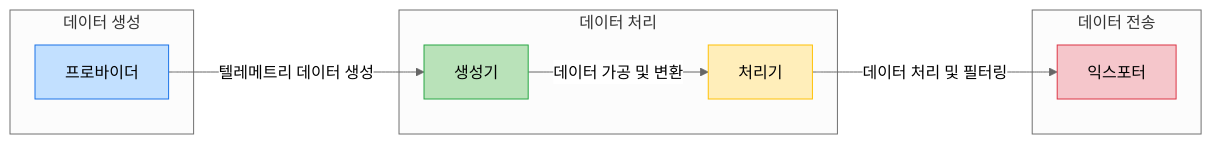
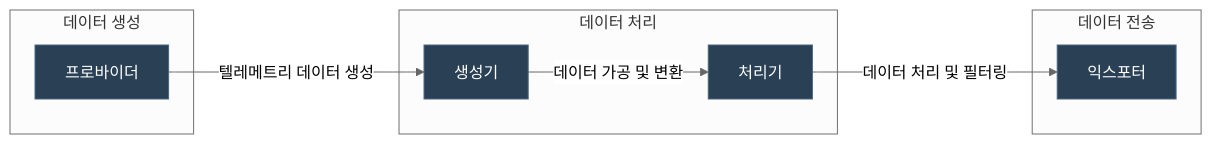
One commit to K-Diger/K-Diger.github.io changed the second of 3 diagrams in _posts/2025-01-19-opentelemetry01.md. Above: the diagram before and after it, drawn with Mermaid (neutral theme). The commit also changed other lines of this file, not shown here.

````diff
--- a/_posts/2025-01-19-opentelemetry01.md
+++ b/_posts/2025-01-19-opentelemetry01.md
@@ -219,24 +217,24 @@
 ```mermaid
 graph LR
     A[프로바이더] -->|텔레메트리 데이터 생성| B[생성기]
     B -->|데이터 가공 및 변환| C[처리기]
     C -->|데이터 처리 및 필터링| D[익스포터]
 
     subgraph 데이터 생성
     A
     end
 
     subgraph 데이터 처리
     B
     C
     end
 
     subgraph 데이터 전송
     D
     end
 
-    style A fill:#c2e0ff,stroke:#1a73e8
-    style B fill:#b9e2b9,stroke:#28a745
-    style C fill:#ffeeba,stroke:#ffc107
-    style D fill:#f5c6cb,stroke:#dc3545
+    style A fill:#2a4055,stroke:#4a6785,color:white
+    style B fill:#2a4055,stroke:#4a6785,color:white
+    style C fill:#2a4055,stroke:#4a6785,color:white
+    style D fill:#2a4055,stroke:#4a6785,color:white
 ```
````
